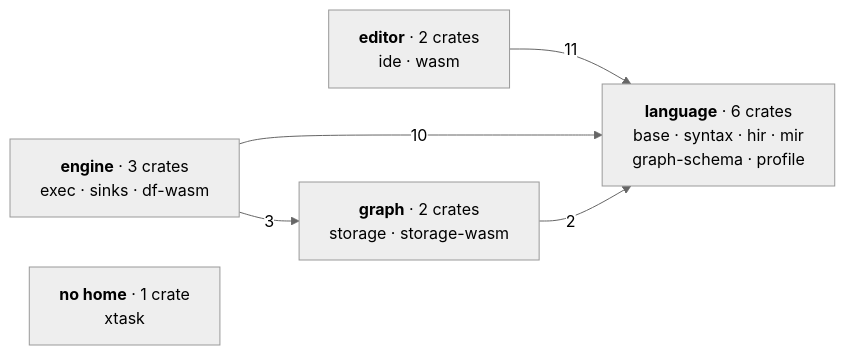
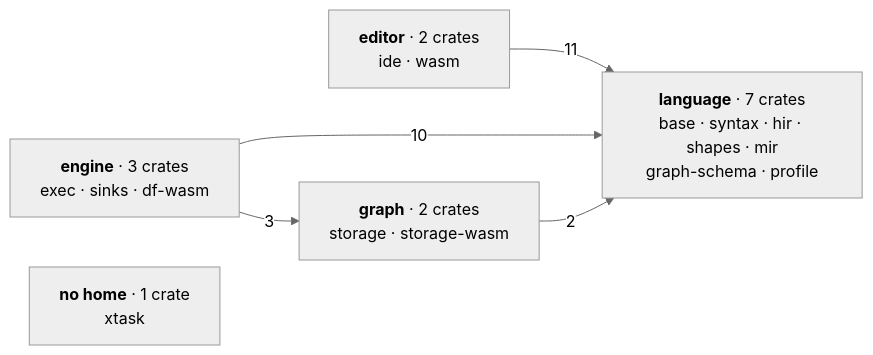
One commit to Kanzo-Tech/fossil-lang changed the diagram in docs/content/docs/(root)/architecture.mdx. Above: the diagram before and after it, drawn with Mermaid (neutral theme). The commit also changed other lines of this file and 23 other files, not shown here.

````diff
--- a/docs/content/docs/(root)/architecture.mdx
+++ b/docs/content/docs/(root)/architecture.mdx
@@ -105,13 +105,13 @@
 ```mermaid
 graph LR
-  L["<b>language</b> · 6 crates<br/>base · syntax · hir · mir<br/>graph-schema · profile"]
+  L["<b>language</b> · 7 crates<br/>base · syntax · hir · shapes · mir<br/>graph-schema · profile"]
   E["<b>editor</b> · 2 crates<br/>ide · wasm"]
   M["<b>engine</b> · 3 crates<br/>exec · sinks · df-wasm"]
   C["<b>graph</b> · 2 crates<br/>storage · storage-wasm"]
   X["<b>no home</b> · 1 crate<br/>xtask"]
 
   E -->|11| L
   M -->|10| L
   M -->|3| C
   C -->|2| L
 ```
````
